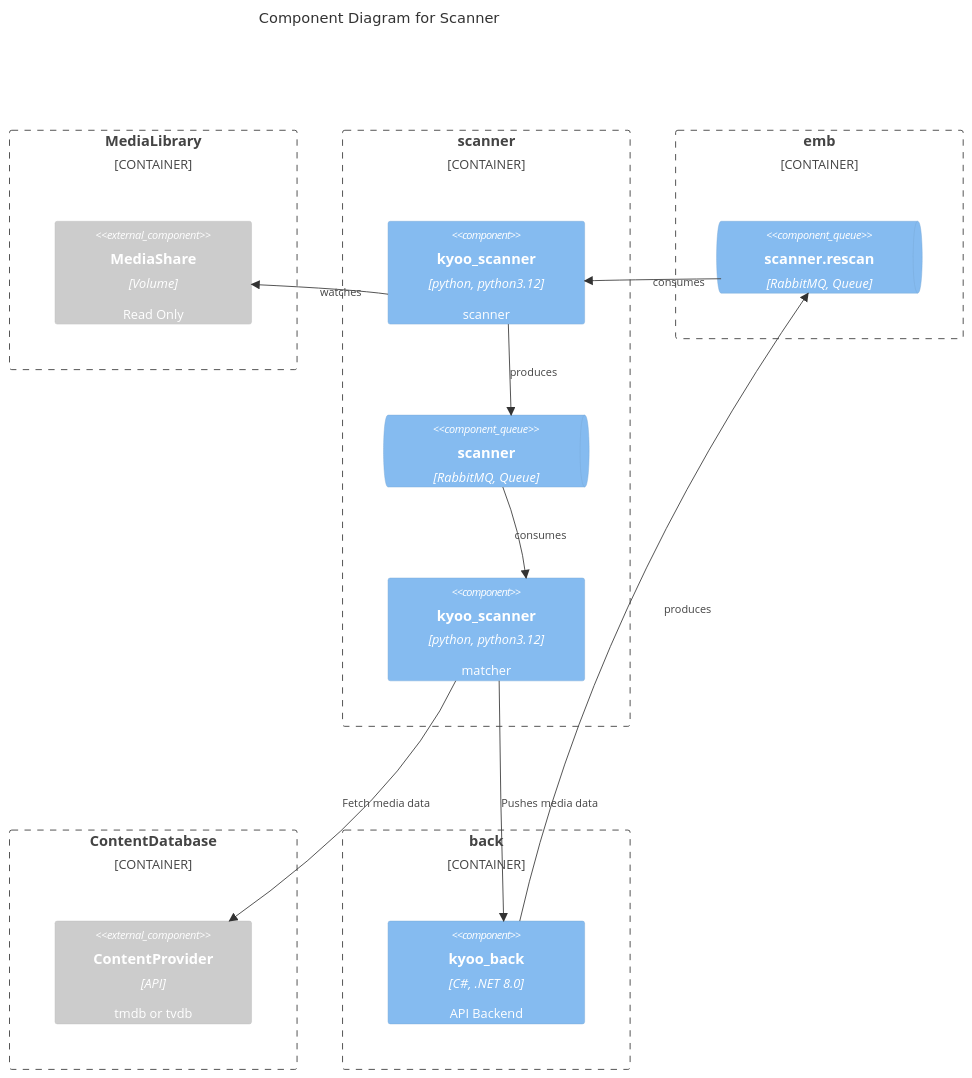
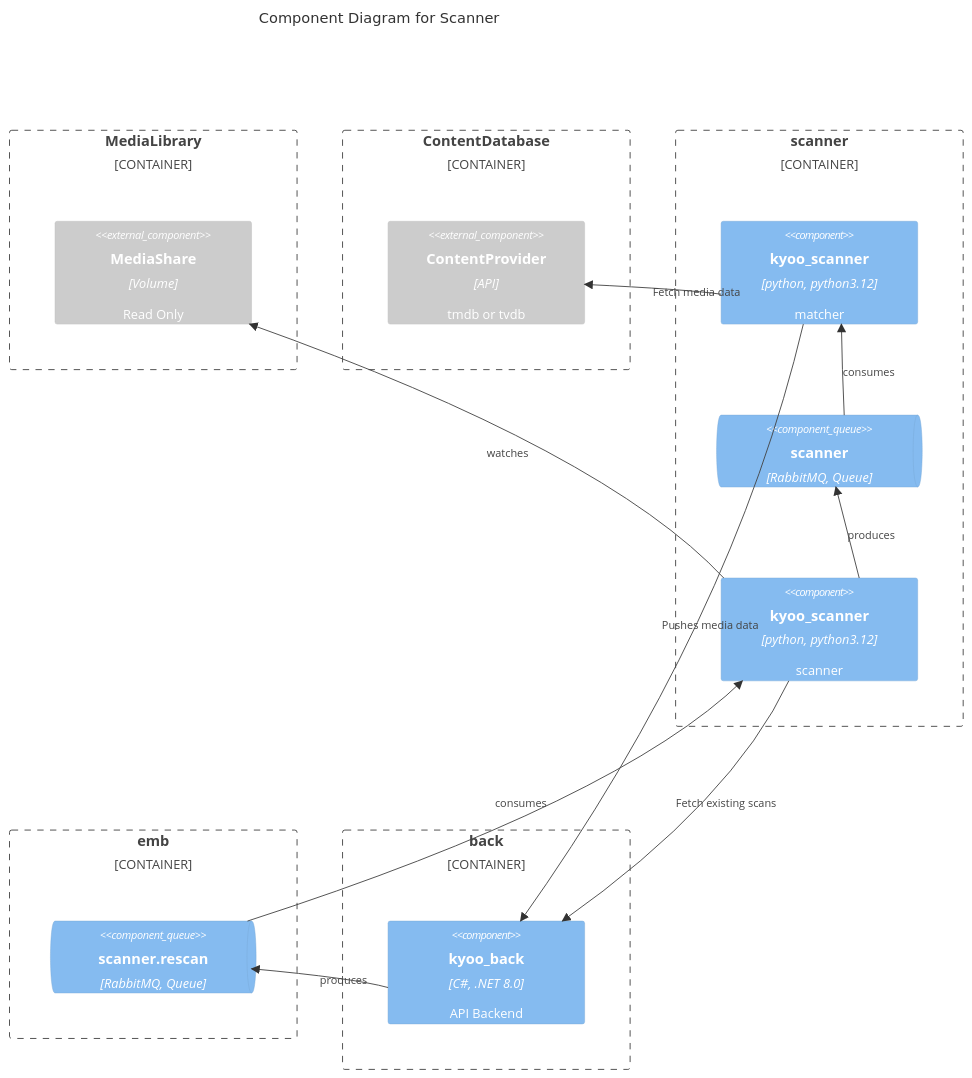
Before and after one commit to zoriya/Kyoo: the seventh of 8 diagrams in DIAGRAMS.md, drawn with Mermaid. The commit also changed other lines of this file, not shown here.

Commit message:
fix backend/scanner diagrams

````diff
--- a/DIAGRAMS.md
+++ b/DIAGRAMS.md
@@ -243,32 +243,37 @@
 ```mermaid
 C4Component
-  UpdateLayoutConfig($c4ShapeInRow="1", $c4BoundaryInRow="3")
+  UpdateLayoutConfig($c4ShapeInRow="5", $c4BoundaryInRow="3")
   
   title Component Diagram for Scanner
 
   Container_Boundary(media, "MediaLibrary") {
     Component_Ext(media_c1, "MediaShare", "Volume", "Read Only")
   }
+
+  Container_Boundary(content, "ContentDatabase") {
+    Component_Ext(content_c1, "ContentProvider", "API", "tmdb or tvdb")
+  }
+
   Container_Boundary(scanner, "scanner") {
+    Component(scanner_c2, "kyoo_scanner", "python, python3.12", "matcher")
+    ComponentQueue(scanner_q1, "scanner", "RabbitMQ, Queue", "")
     Component(scanner_c1, "kyoo_scanner", "python, python3.12", "scanner")
-    ComponentQueue(scanner_q1, "scanner", "RabbitMQ, Queue", "")
-    Component(scanner_c2, "kyoo_scanner", "python, python3.12", "matcher")
   }
+
   Container_Boundary(emb, "emb") {
     ComponentQueue(emb_q2, "scanner.rescan", "RabbitMQ, Queue", "")
   }
-  Container_Boundary(content, "ContentDatabase") {
-    Component_Ext(content_c1, "ContentProvider", "API", "tmdb or tvdb")
-  }
+
   Container_Boundary(backend, "back") {
     Component(backend_c2, "kyoo_back", "C#, .NET 8.0", "API Backend")
   }
 
   Rel(scanner_c1, scanner_q1, "produces")
   Rel(scanner_c1, media_c1, "watches")
+  Rel(scanner_c1, backend_c2, "Fetch existing scans")
   Rel(scanner_c2, content_c1, "Fetch media data")
   Rel(scanner_c2, backend_c2, "Pushes media data")
   Rel_Back(scanner_c2, scanner_q1, "consumes")
   Rel_Back(scanner_c1, emb_q2, "consumes")
   Rel(backend_c2, emb_q2, "produces")
 ```
````
